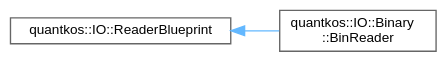
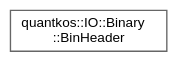
Before and after one commit to zeno-geddo/QuantKos: the diagram in dev-zen/inherit_graph_46.dot, drawn with Graphviz. The commit also changed 171 other files, not shown here.

```diff
--- a/dev-zen/inherit_graph_46.dot
+++ b/dev-zen/inherit_graph_46.dot
@@ -1,11 +1,9 @@
 digraph "Graphical Class Hierarchy"
 {
  // LATEX_PDF_SIZE
   bgcolor="transparent";
   edge [fontname=Helvetica,fontsize=10,labelfontname=Helvetica,labelfontsize=10];
   node [fontname=Helvetica,fontsize=10,shape=box,height=0.2,width=0.4];
   rankdir="LR";
-  Node0 [id="Node000000",label="quantkos::IO::ReaderBlueprint",height=0.2,width=0.4,color="grey40", fillcolor="white", style="filled",URL="$classquantkos_1_1IO_1_1ReaderBlueprint.html",tooltip="Abstract base class (interface) defining the contract for reading path data back into memory."];
-  Node0 -> Node1 [id="edge2_Node000000_Node000001",dir="back",color="steelblue1",style="solid",tooltip=" "];
-  Node1 [id="Node000001",label="quantkos::IO::Binary\l::BinReader",height=0.2,width=0.4,color="grey40", fillcolor="white", style="filled",URL="$classquantkos_1_1IO_1_1Binary_1_1BinReader.html",tooltip="High-performance file reader that loads price path data from saved binary files."];
+  Node0 [id="Node000000",label="quantkos::IO::Binary\l::BinHeader",height=0.2,width=0.4,color="grey40", fillcolor="white", style="filled",URL="$structquantkos_1_1IO_1_1Binary_1_1BinHeader.html",tooltip="Fixed metadata header placed at the absolute beginning of the saved binary files."];
 }
```
